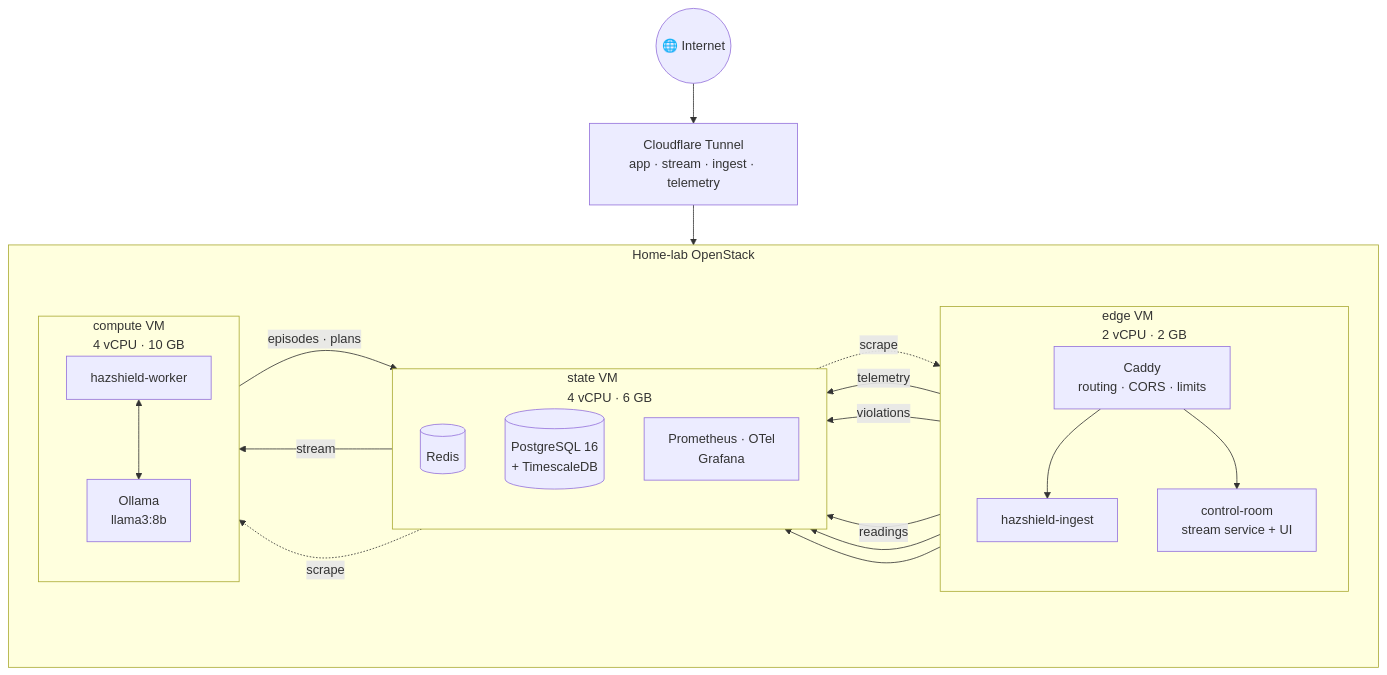
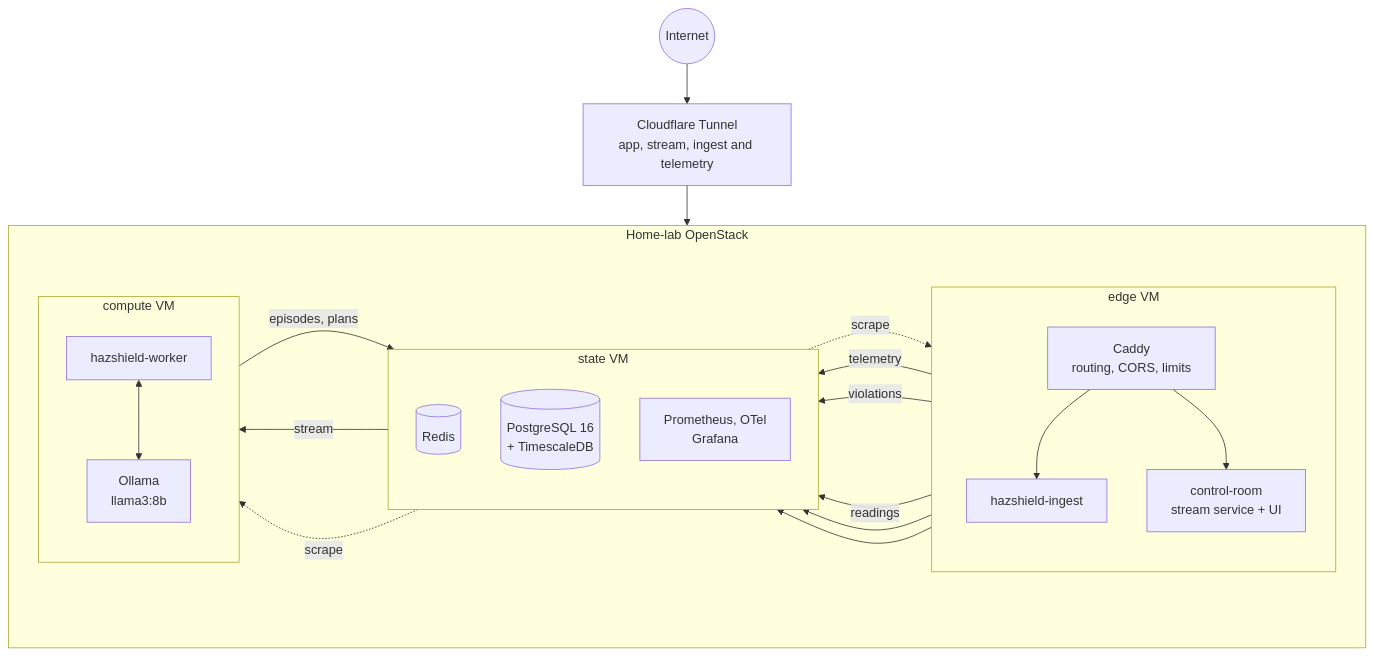
One commit to SumitGA/HazshieldAI changed the fourth of 4 diagrams in README.md. Above: the diagram before and after it, drawn with Mermaid. The commit also changed other lines of this file, not shown here.

Commit message:
Rewrite overview in my own words and simplify the diagrams

````diff
--- a/README.md
+++ b/README.md
@@ -151,38 +156,38 @@
 ```mermaid
 flowchart TB
-    NET(("🌐 Internet"))
-    TUN["Cloudflare Tunnel<br/>app · stream · ingest · telemetry"]
+    NET(("Internet"))
+    TUN["Cloudflare Tunnel<br/>app, stream, ingest and telemetry"]
     NET --> TUN
 
     subgraph HL["Home-lab OpenStack"]
         direction LR
-        subgraph EDGE["edge VM<br/>2 vCPU · 2 GB"]
+        subgraph EDGE["edge VM"]
             direction TB
-            CADDY["Caddy<br/>routing · CORS · limits"]
+            CADDY["Caddy<br/>routing, CORS, limits"]
             ING["hazshield-ingest"]
             STR["control-room<br/>stream service + UI"]
         end
-        subgraph STATE["state VM<br/>4 vCPU · 6 GB"]
+        subgraph STATE["state VM"]
             direction TB
             RD[("Redis")]
             PG[("PostgreSQL 16<br/>+ TimescaleDB")]
-            OBS["Prometheus · OTel<br/>Grafana"]
+            OBS["Prometheus, OTel<br/>Grafana"]
         end
-        subgraph COMP["compute VM<br/>4 vCPU · 10 GB"]
+        subgraph COMP["compute VM"]
             direction TB
             WK["hazshield-worker"]
             OL["Ollama<br/>llama3:8b"]
         end
     end
 
     TUN --> CADDY
     CADDY --> ING & STR
     CADDY -->|telemetry| OBS
     ING -->|violations| RD
     ING -->|readings| PG
     STR --> RD & PG
     RD -->|stream| WK
-    WK -->|episodes · plans| PG
+    WK -->|episodes, plans| PG
     WK <--> OL
     OBS -.->|scrape| ING & WK
 ```
````
